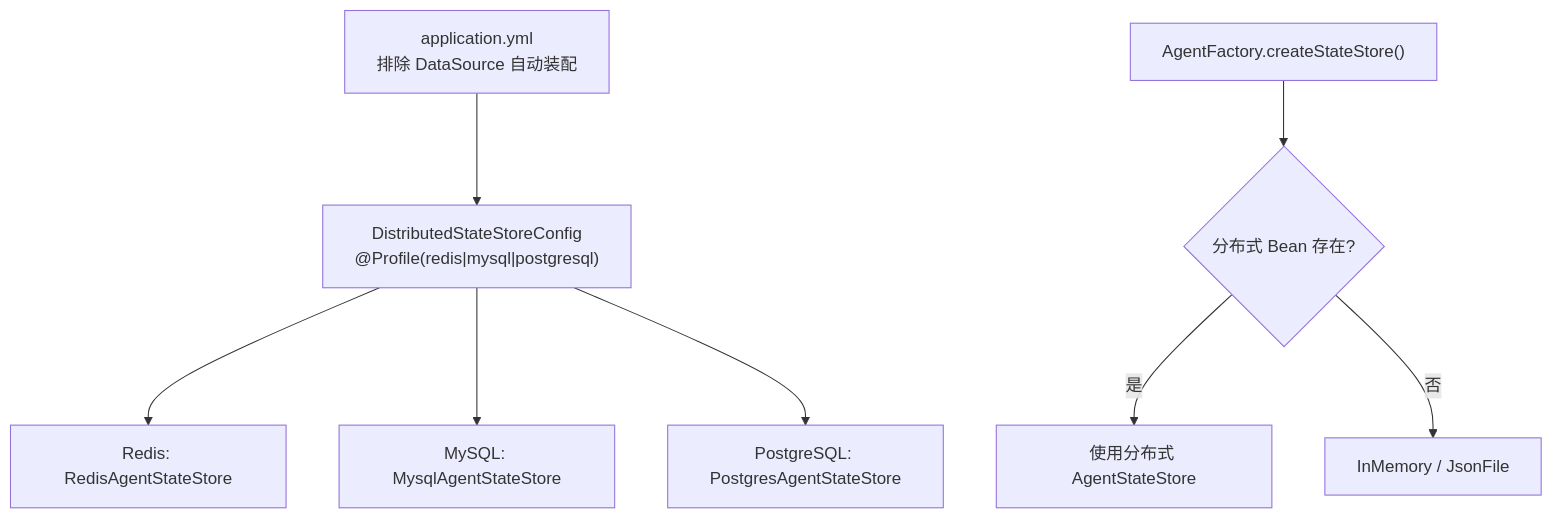
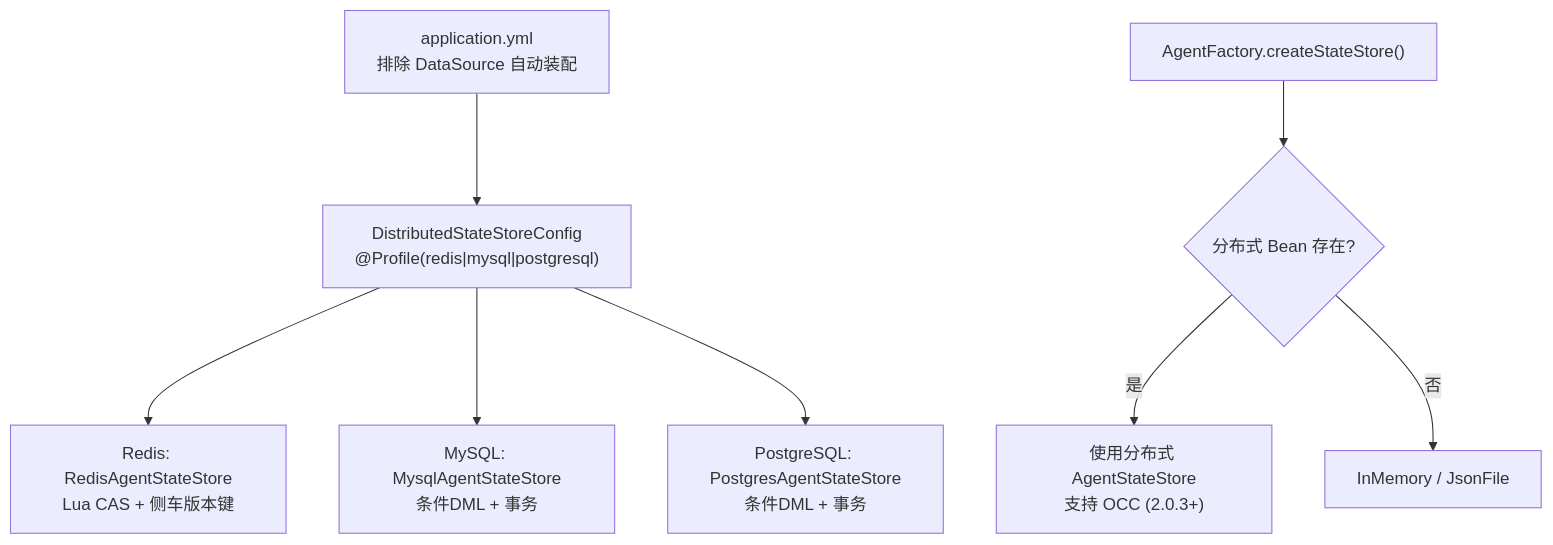
One commit to tinyhu/agentscope-demo changed the first of 6 diagrams in .qoder/repowiki/zh/content/部署与运维/存储后端配置.md. Above: the diagram before and after it, drawn with Mermaid. The commit also changed other lines of this file and 111 other files, not shown here.

````diff
--- a/.qoder/repowiki/zh/content/部署与运维/存储后端配置.md
+++ b/.qoder/repowiki/zh/content/部署与运维/存储后端配置.md
@@ -36,10 +46,10 @@
 ```mermaid
 graph TB
-    A["application.yml<br/>排除 DataSource 自动装配"] --> B["DistributedStateStoreConfig<br/>@Profile(redis|mysql|postgresql)"]
-    B --> C["Redis: RedisAgentStateStore"]
-    B --> D["MySQL: MysqlAgentStateStore"]
-    B --> E["PostgreSQL: PostgresAgentStateStore"]
-    F["AgentFactory.createStateStore()"] --> G{"分布式 Bean 存在?"}
-    G -- 是 --> H["使用分布式 AgentStateStore"]
-    G -- 否 --> I["InMemory / JsonFile"]
+A["application.yml<br/>排除 DataSource 自动装配"] --> B["DistributedStateStoreConfig<br/>@Profile(redis|mysql|postgresql)"]
+B --> C["Redis: RedisAgentStateStore<br/>Lua CAS + 侧车版本键"]
+B --> D["MySQL: MysqlAgentStateStore<br/>条件DML + 事务"]
+B --> E["PostgreSQL: PostgresAgentStateStore<br/>条件DML + 事务"]
+F["AgentFactory.createStateStore()"] --> G{"分布式 Bean 存在?"}
+G -- 是 --> H["使用分布式 AgentStateStore<br/>支持 OCC (2.0.3+)"]
+G -- 否 --> I["InMemory / JsonFile"]
 ```
````
